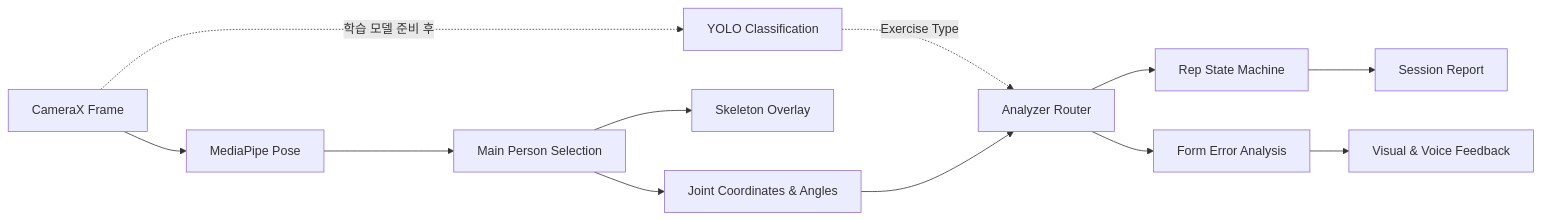
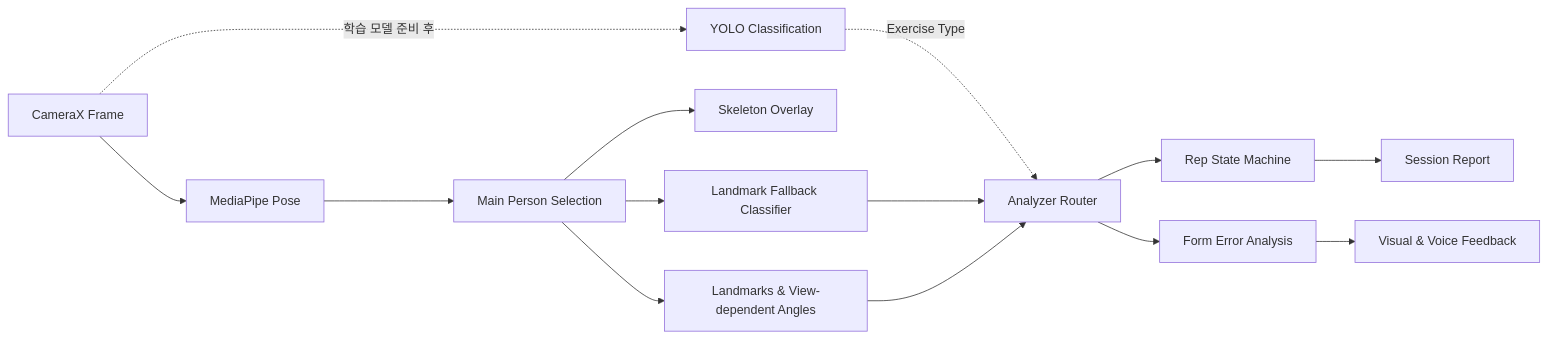
Before and after one commit to WhiteBearCode02/ArPtApp: the first of 2 diagrams in README.md, drawn with Mermaid. The commit also changed other lines of this file, not shown here.

````diff
--- a/README.md
+++ b/README.md
@@ -62,14 +63,16 @@
 ```mermaid
 flowchart LR
     CAM[CameraX Frame] --> POSE[MediaPipe Pose]
     CAM -. 학습 모델 준비 후 .-> YOLO[YOLO Classification]
     POSE --> PERSON[Main Person Selection]
     PERSON --> OVERLAY[Skeleton Overlay]
-    PERSON --> JOINT[Joint Coordinates & Angles]
+    PERSON --> JOINT[Landmarks & View-dependent Angles]
+    PERSON --> FALLBACK[Landmark Fallback Classifier]
     YOLO -. Exercise Type .-> ROUTER[Analyzer Router]
+    FALLBACK --> ROUTER
     JOINT --> ROUTER
     ROUTER --> STATE[Rep State Machine]
     ROUTER --> FORM[Form Error Analysis]
     STATE --> REPORT[Session Report]
     FORM --> FEEDBACK[Visual & Voice Feedback]
 ```
````
